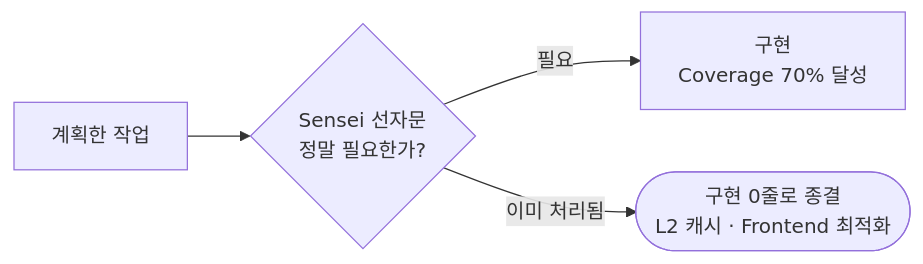
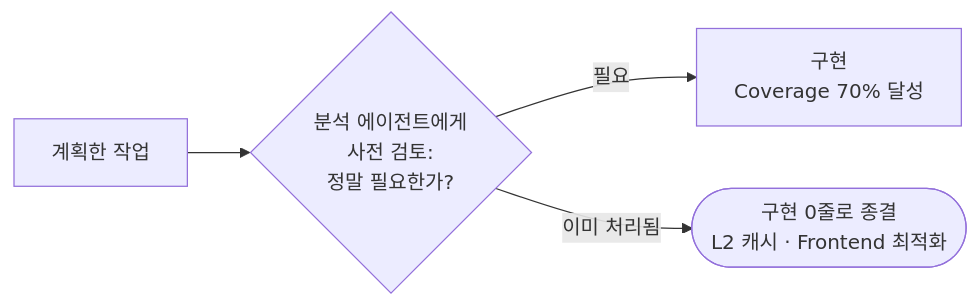
One commit to tpals0409/Leo-s-Build-Log changed the diagram in content/posts/ci-refactoring-reference-to-reality/diagrams/gate.ko.mmd. Above: the diagram before and after it, drawn with Mermaid. The commit also changed 82 other files, not shown here.

```diff
--- a/content/posts/ci-refactoring-reference-to-reality/diagrams/gate.ko.mmd
+++ b/content/posts/ci-refactoring-reference-to-reality/diagrams/gate.ko.mmd
@@ -1,4 +1,4 @@
 flowchart LR
-  P[계획한 작업] --> S{Sensei 선자문<br/>정말 필요한가?}
+  P[계획한 작업] --> S{분석 에이전트에게<br/>사전 검토:<br/>정말 필요한가?}
   S -->|필요| I[구현<br/>Coverage 70% 달성]
   S -->|이미 처리됨| Z([구현 0줄로 종결<br/>L2 캐시 · Frontend 최적화])
```
